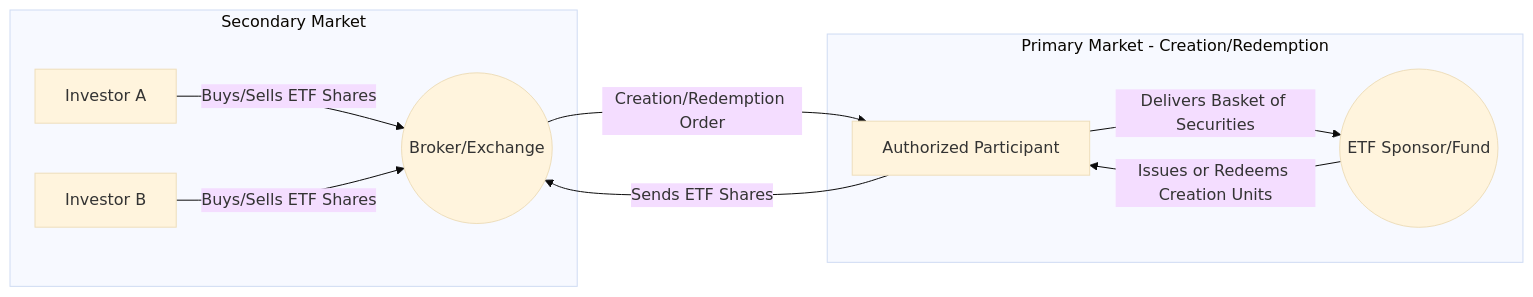
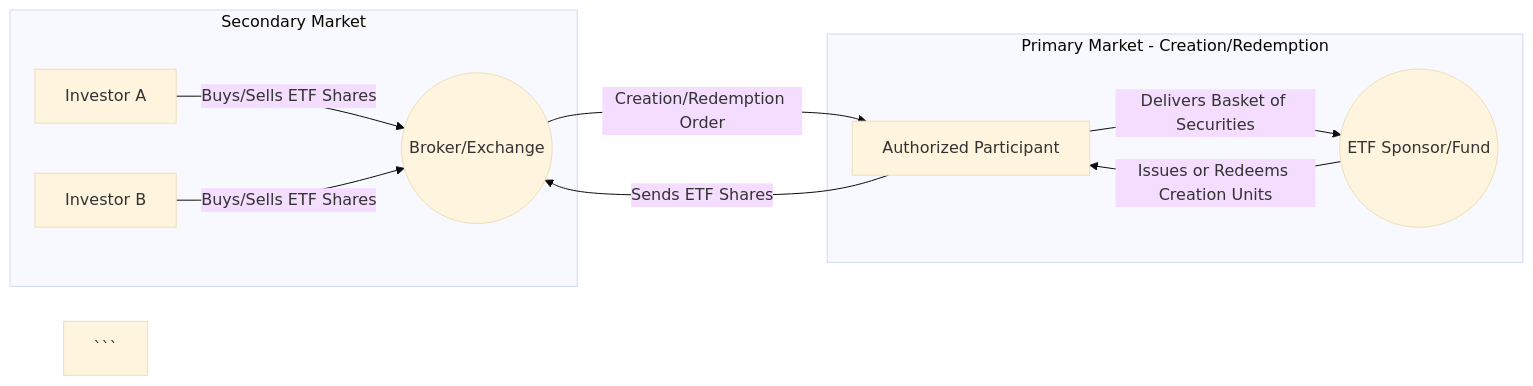
One commit to nyreehinton/content-ops-starter changed the diagram in content/pages/blog/etf.md. Above: the diagram before and after it, drawn with Mermaid (base theme). The commit also changed other lines of this file, not shown here.

Commit message:
etf.md: updated markdown_content

````diff
--- a/content/pages/blog/etf.md
+++ b/content/pages/blog/etf.md
@@ -73,15 +71,17 @@
 <div class="mermaid">
 flowchart LR
     subgraph Secondary Market
         A\[Investor A] -- Buys/Sells ETF Shares --> B((Broker/Exchange))
         C\[Investor B] -- Buys/Sells ETF Shares --> B
     end
 
-    subgraph Primary Market - Creation/Redemption
-        B -- Creation/Redemption Order --> D[Authorized Participant]
-        D -- Delivers Basket of Securities --> E((ETF Sponsor/Fund))
-        E -- Issues or Redeems Creation Units --> D
-        D -- Sends ETF Shares --> B
-    end
+```
+subgraph Primary Market - Creation/Redemption
+    B -- Creation/Redemption Order --> D[Authorized Participant]
+    D -- Delivers Basket of Securities --> E((ETF Sponsor/Fund))
+    E -- Issues or Redeems Creation Units --> D
+    D -- Sends ETF Shares --> B
+end
+```
 
 </div>
````
